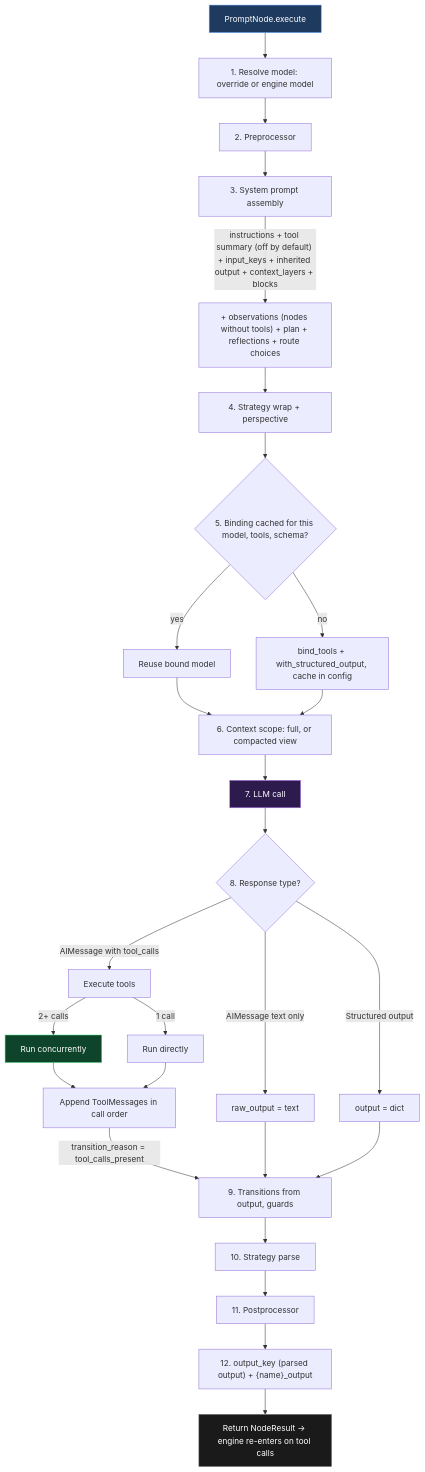
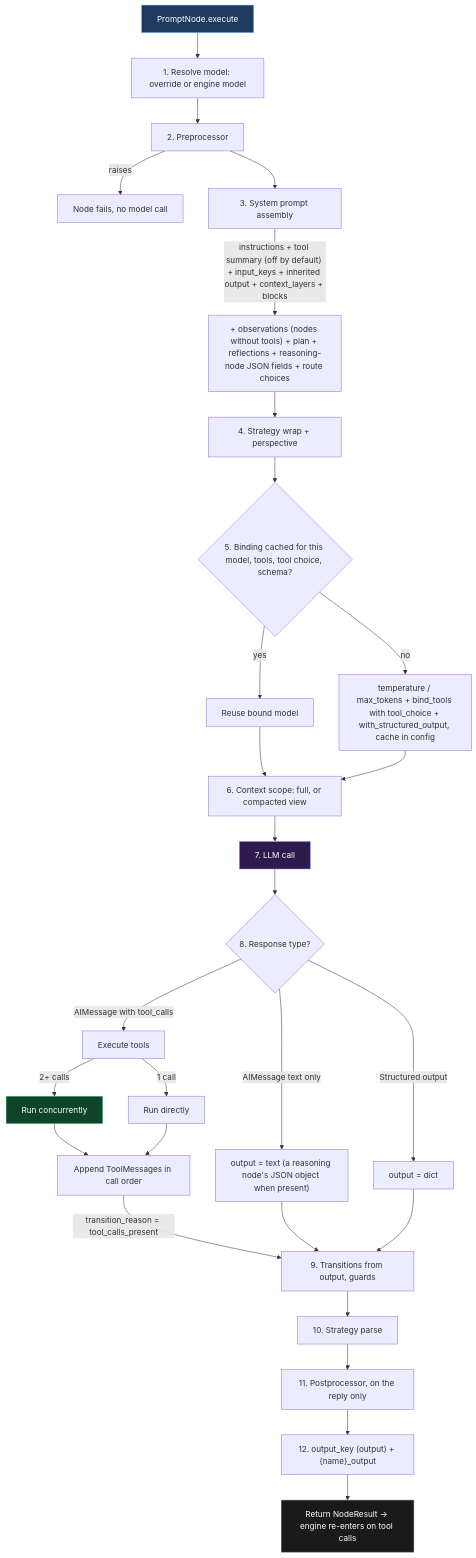
One commit to CloudEngineHub/DeepMCPAgent changed the fifth of 10 diagrams in docs/core/engine-internals.md. Above: the diagram before and after it, drawn with Mermaid. The commit also changed other lines of this file and 16 other files, not shown here.

First line of the commit message:
docs(engine): describe the fixed Reasoning Graph behaviour; changelog

````diff
--- a/docs/core/engine-internals.md
+++ b/docs/core/engine-internals.md
@@ -186,37 +189,38 @@
 ```mermaid
 graph TD
     START[PromptNode.execute] --> MODEL[1. Resolve model: override or engine model]
     MODEL --> PRE[2. Preprocessor]
+    PRE --> |raises| FAIL[Node fails, no model call]
     PRE --> CTX[3. System prompt assembly]
-    CTX --> |"instructions + tool summary (off by default) + input_keys + inherited output + context_layers + blocks"| CTX2["+ observations (nodes without tools) + plan + reflections + route choices"]
+    CTX --> |"instructions + tool summary (off by default) + input_keys + inherited output + context_layers + blocks"| CTX2["+ observations (nodes without tools) + plan + reflections + reasoning-node JSON fields + route choices"]
     CTX2 --> STRAT[4. Strategy wrap + perspective]
-    STRAT --> BIND{5. Binding cached for this model, tools, schema?}
+    STRAT --> BIND{5. Binding cached for this model, tools, tool choice, schema?}
     BIND --> |yes| REUSE[Reuse bound model]
-    BIND --> |no| BUILD[bind_tools + with_structured_output, cache in config]
+    BIND --> |no| BUILD[temperature / max_tokens + bind_tools with tool_choice + with_structured_output, cache in config]
     REUSE --> SCOPE[6. Context scope: full, or compacted view]
     BUILD --> SCOPE
     SCOPE --> LLM[7. LLM call]
 
     LLM --> RESP{8. Response type?}
     RESP --> |AIMessage with tool_calls| TOOL_EXEC[Execute tools]
-    RESP --> |AIMessage text only| PARSE[raw_output = text]
+    RESP --> |AIMessage text only| PARSE["output = text (a reasoning node's JSON object when present)"]
     RESP --> |Structured output| STRUCT[output = dict]
 
     TOOL_EXEC --> |"2+ calls"| PARALLEL[Run concurrently]
     TOOL_EXEC --> |"1 call"| SEQUENTIAL[Run directly]
     PARALLEL --> TOOL_MSG[Append ToolMessages in call order]
     SEQUENTIAL --> TOOL_MSG
     TOOL_MSG --> |"transition_reason = tool_calls_present"| GUARD
 
     PARSE --> GUARD[9. Transitions from output, guards]
     STRUCT --> GUARD
     GUARD --> STRAT_PARSE[10. Strategy parse]
-    STRAT_PARSE --> POST[11. Postprocessor]
-    POST --> WRITE["12. output_key (parsed output) + {name}_output"]
+    STRAT_PARSE --> POST[11. Postprocessor, on the reply only]
+    POST --> WRITE["12. output_key (output) + {name}_output"]
     WRITE --> DONE[Return NodeResult → engine re-enters on tool calls]
 
     style START fill:#1e3a5f,stroke:#60a5fa,color:#fff
     style LLM fill:#2d1b4e,stroke:#c084fc,color:#fff
     style PARALLEL fill:#0e4429,stroke:#4ade80,color:#fff
     style DONE fill:#1a1a1a,stroke:#666,color:#fff
 ```
````
